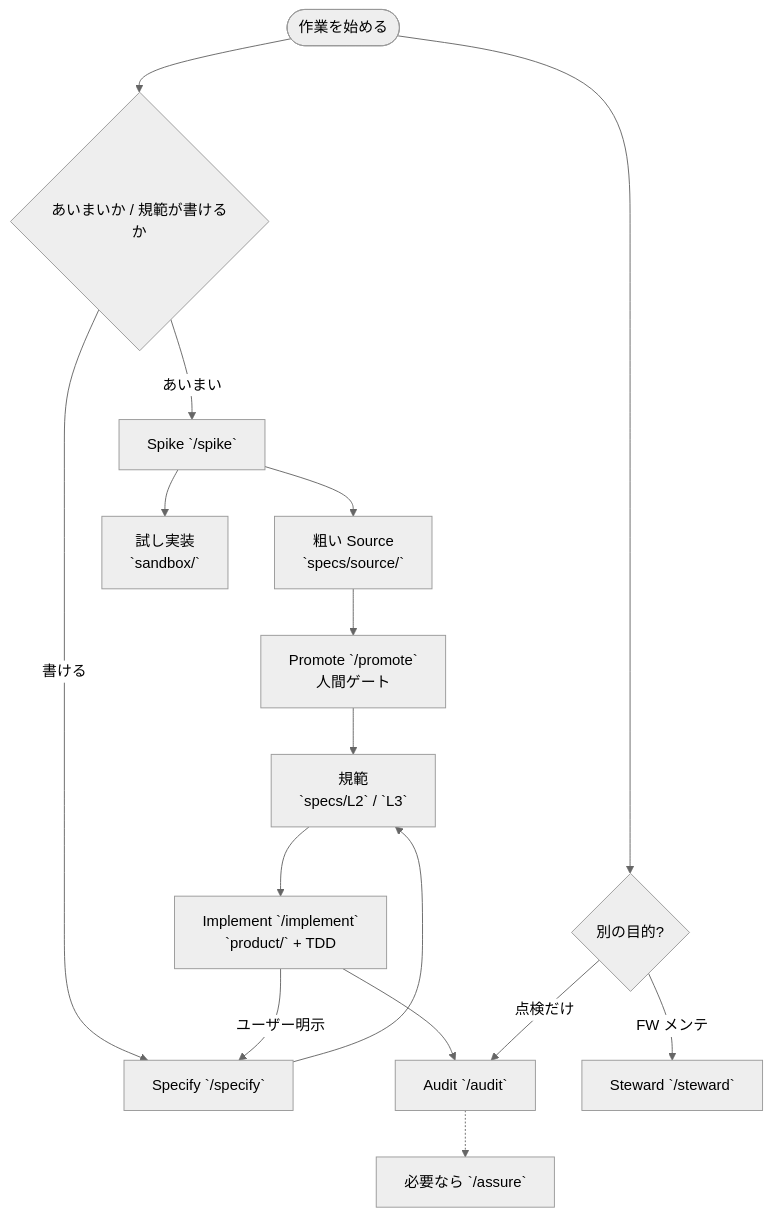
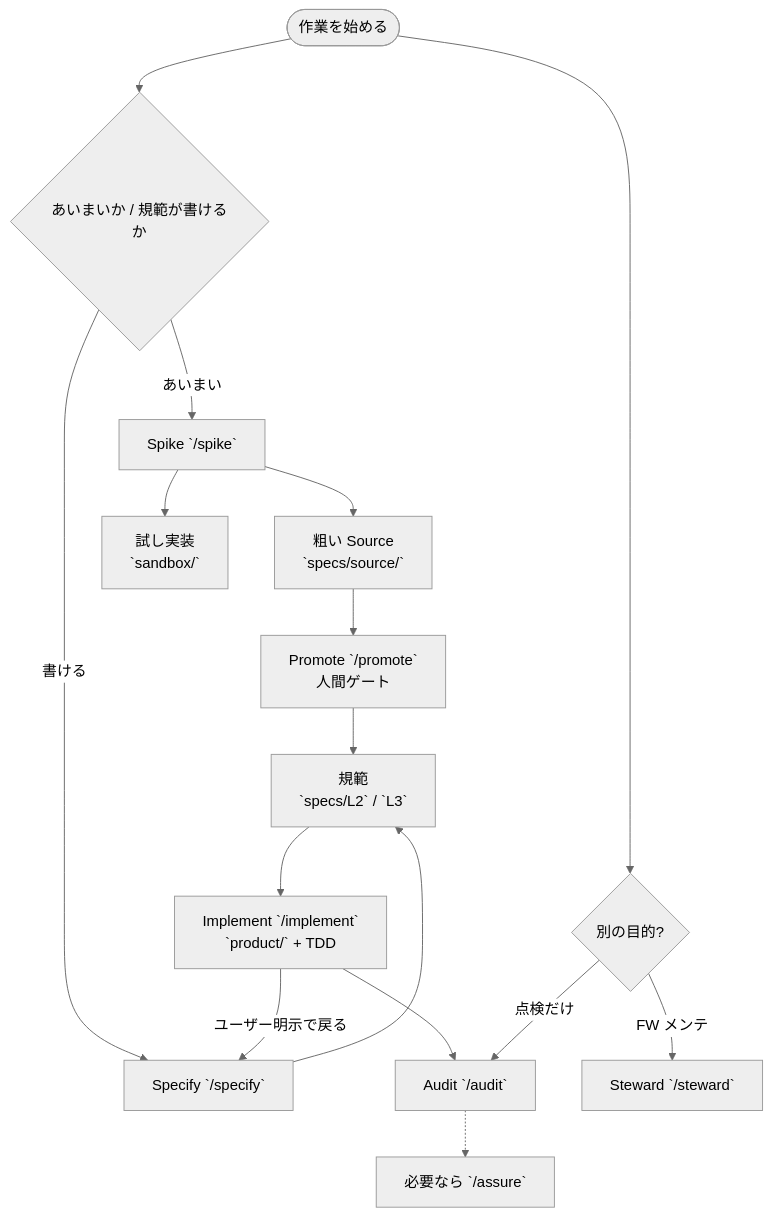
The first of 3 diagrams in README.md (mizumizue/forgos), drawn with Mermaid (neutral theme) before and after one commit. The commit also changed other lines of this file and 3 other files, not shown here.

````diff
--- a/README.md
+++ b/README.md
@@ -34,18 +34,18 @@
 ```mermaid
 flowchart TD
   start([作業を始める]) --> ask{あいまいか / 規範が書けるか}
   ask -->|あいまい| spike["Spike `/spike`"]
   ask -->|書ける| specify["Specify `/specify`"]
   spike --> src["粗い Source<br/>`specs/source/`"]
   spike --> sandbox["試し実装<br/>`sandbox/`"]
   specify --> l23["規範<br/>`specs/L2` / `L3`"]
   src --> promote["Promote `/promote`<br/>人間ゲート"]
   promote --> l23
   l23 --> impl["Implement `/implement`<br/>`product/` + TDD"]
-  impl -->|ユーザー明示| specify
+  impl -->|ユーザー明示で戻る| specify
   impl --> audit["Audit `/audit`"]
   audit -.-> assure["必要なら `/assure`"]
   start --> other{別の目的?}
   other -->|点検だけ| audit
   other -->|FW メンテ| steward["Steward `/steward`"]
 ```
````
